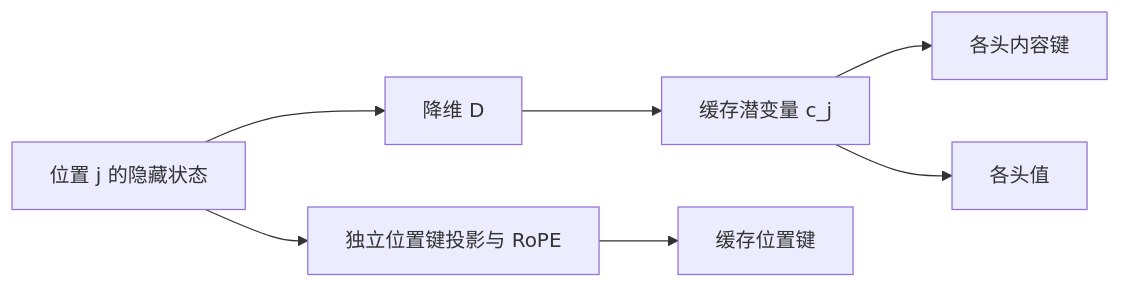
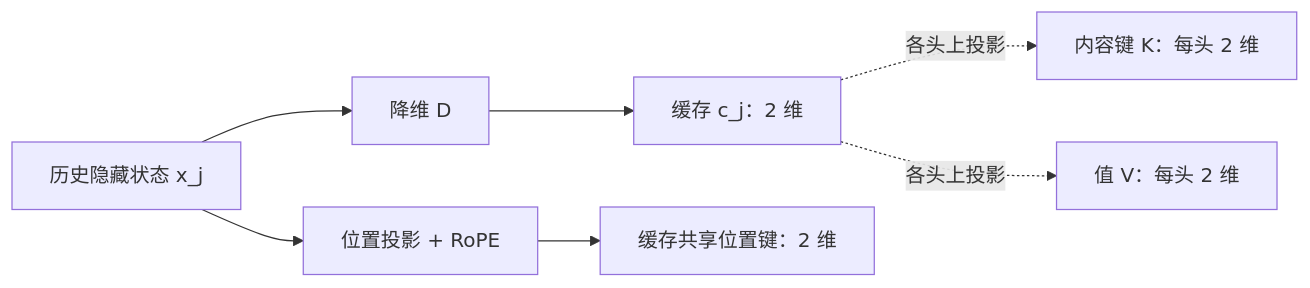
One commit to cyberspacelee/llms-from-scratch changed the diagram in site/src/content/lessons/advanced/mla.mdx. Above: the diagram before and after it, drawn with Mermaid. The commit also changed other lines of this file and 140 other files, not shown here.

````diff
--- a/site/src/content/lessons/advanced/mla.mdx
+++ b/site/src/content/lessons/advanced/mla.mdx
@@ -34,9 +33,9 @@
 ```mermaid
 flowchart LR
-  X[位置 j 的隐藏状态] --> D[降维 D]
-  D --> C[缓存潜变量 c_j]
-  C --> K[各头内容键]
-  C --> V[各头值]
-  X --> R[独立位置键投影与 RoPE]
-  R --> KR[缓存位置键]
+  X[历史隐藏状态 x_j] --> D[降维 D]
+  D --> C[缓存 c_j：2 维]
+  C -.各头上投影.-> K[内容键 K：每头 2 维]
+  C -.各头上投影.-> V[值 V：每头 2 维]
+  X --> R[位置投影 + RoPE]
+  R --> KR[缓存共享位置键：2 维]
 ```
````
